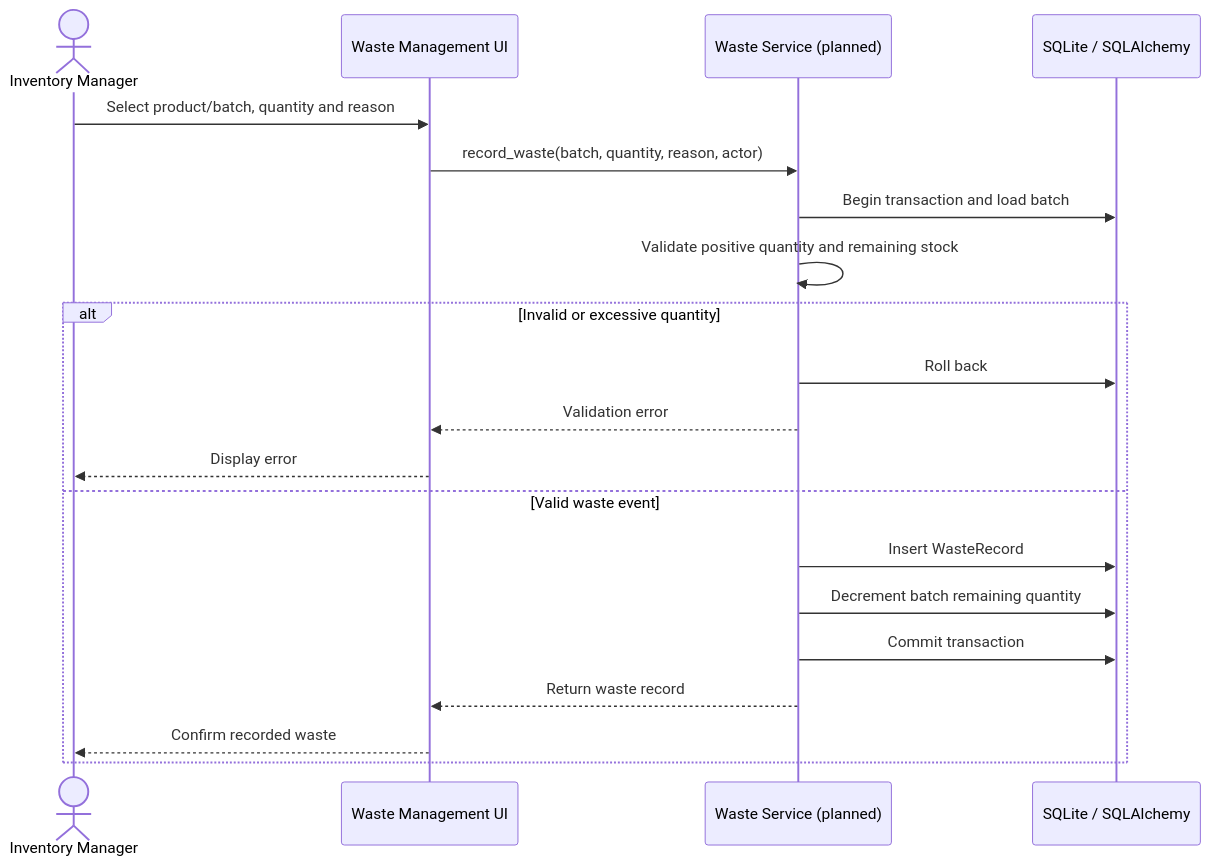
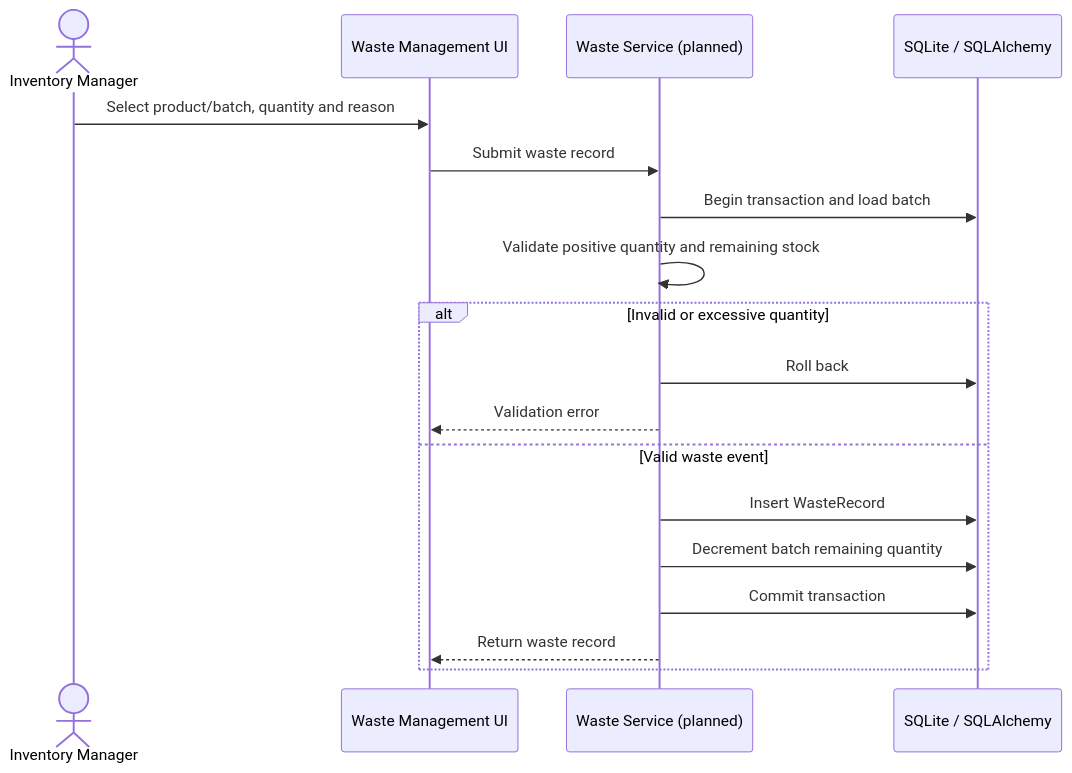
Before and after one commit to CJC1406/pms: the third of 3 diagrams in docs/SAD.md, drawn with Mermaid. The commit also changed other lines of this file and 9 other files, not shown here.

````diff
--- a/docs/SAD.md
+++ b/docs/SAD.md
@@ -269,22 +325,22 @@
 ```mermaid
 sequenceDiagram
     actor Manager as Inventory Manager
     participant UI as Waste Management UI
     participant WS as Waste Service (planned)
     participant DB as SQLite / SQLAlchemy
+
     Manager->>UI: Select product/batch, quantity and reason
-    UI->>WS: record_waste(batch, quantity, reason, actor)
+    UI->>WS: Submit waste record
     WS->>DB: Begin transaction and load batch
     WS->>WS: Validate positive quantity and remaining stock
+
     alt Invalid or excessive quantity
         WS->>DB: Roll back
         WS-->>UI: Validation error
-        UI-->>Manager: Display error
     else Valid waste event
         WS->>DB: Insert WasteRecord
         WS->>DB: Decrement batch remaining quantity
         WS->>DB: Commit transaction
         WS-->>UI: Return waste record
-        UI-->>Manager: Confirm recorded waste
     end
 ```
````
